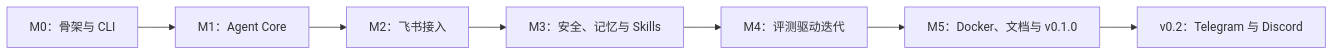
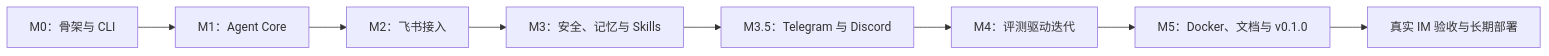
Before and after one commit to NEDONION/lobster0: the tenth of 10 diagrams in docs/product/20260807_产品需求文档.md, drawn with Mermaid. The commit also changed other lines of this file and 16 other files, not shown here.

````diff
--- a/docs/product/20260807_产品需求文档.md
+++ b/docs/product/20260807_产品需求文档.md
@@ -600,9 +618,10 @@
 ```mermaid
 flowchart LR
     M0["M0：骨架与 CLI"] --> M1["M1：Agent Core"]
     M1 --> M2["M2：飞书接入"]
     M2 --> M3["M3：安全、记忆与 Skills"]
-    M3 --> M4["M4：评测驱动迭代"]
+    M3 --> MC["M3.5：Telegram 与 Discord"]
+    MC --> M4["M4：评测驱动迭代"]
     M4 --> M5["M5：Docker、文档与 v0.1.0"]
-    M5 --> V02["v0.2：Telegram 与 Discord"]
+    M5 --> LIVE["真实 IM 验收与长期部署"]
 ```
````
